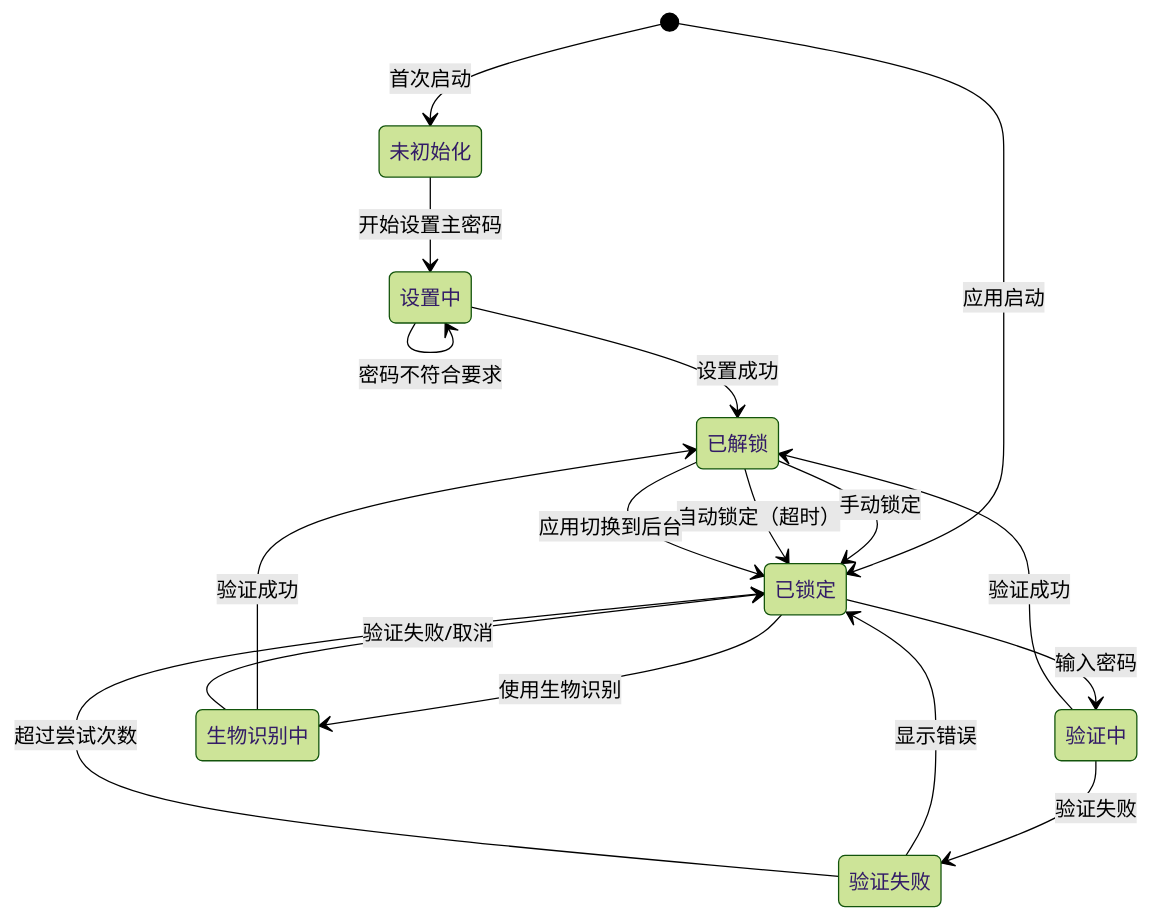
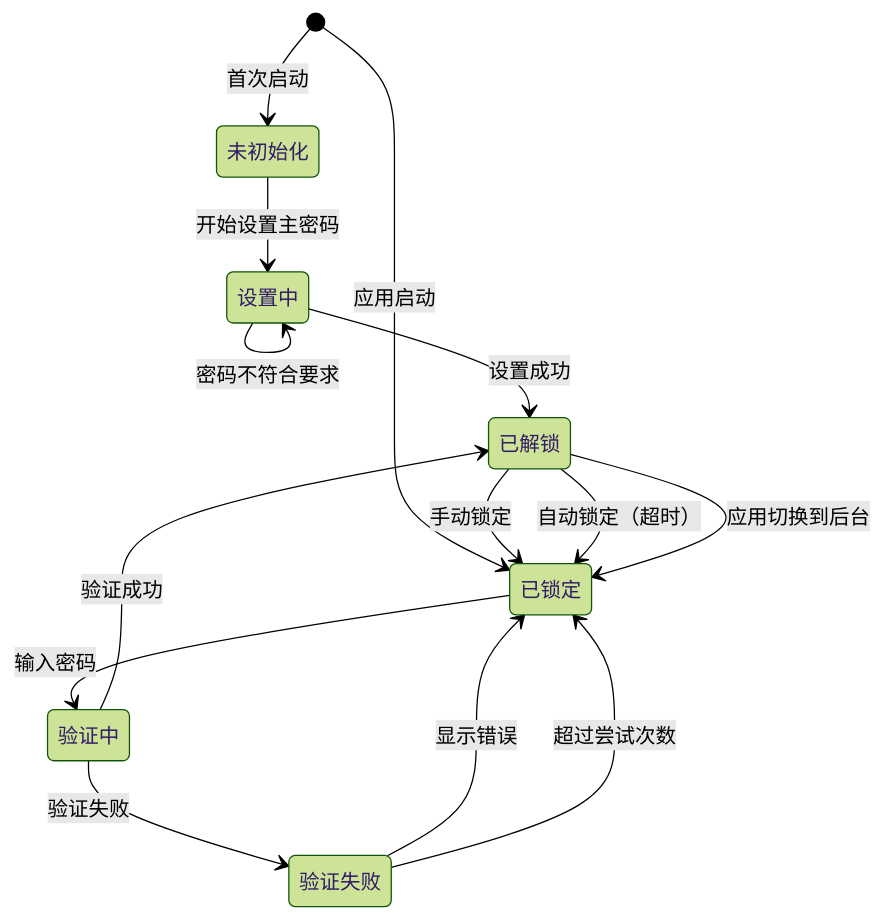
The third of 3 diagrams in wiki/03-模块设计/认证模块.md (morning-start/vaultly), drawn with Mermaid (forest theme) before and after one commit. The commit also changed other lines of this file and 20 other files, not shown here.

````diff
--- a/wiki/03-模块设计/认证模块.md
+++ b/wiki/03-模块设计/认证模块.md
@@ -186,23 +161,19 @@
 ```mermaid
 stateDiagram-v2
     [*] --> 未初始化: 首次启动
     [*] --> 已锁定: 应用启动
     
     未初始化 --> 设置中: 开始设置主密码
     设置中 --> 已解锁: 设置成功
     设置中 --> 设置中: 密码不符合要求
     
     已锁定 --> 验证中: 输入密码
     验证中 --> 已解锁: 验证成功
     验证中 --> 验证失败: 验证失败
     验证失败 --> 已锁定: 显示错误
     验证失败 --> 已锁定: 超过尝试次数
     
-    已锁定 --> 生物识别中: 使用生物识别
-    生物识别中 --> 已解锁: 验证成功
-    生物识别中 --> 已锁定: 验证失败/取消
-    
     已解锁 --> 已锁定: 手动锁定
     已解锁 --> 已锁定: 自动锁定（超时）
     已解锁 --> 已锁定: 应用切换到后台
 ```
````
